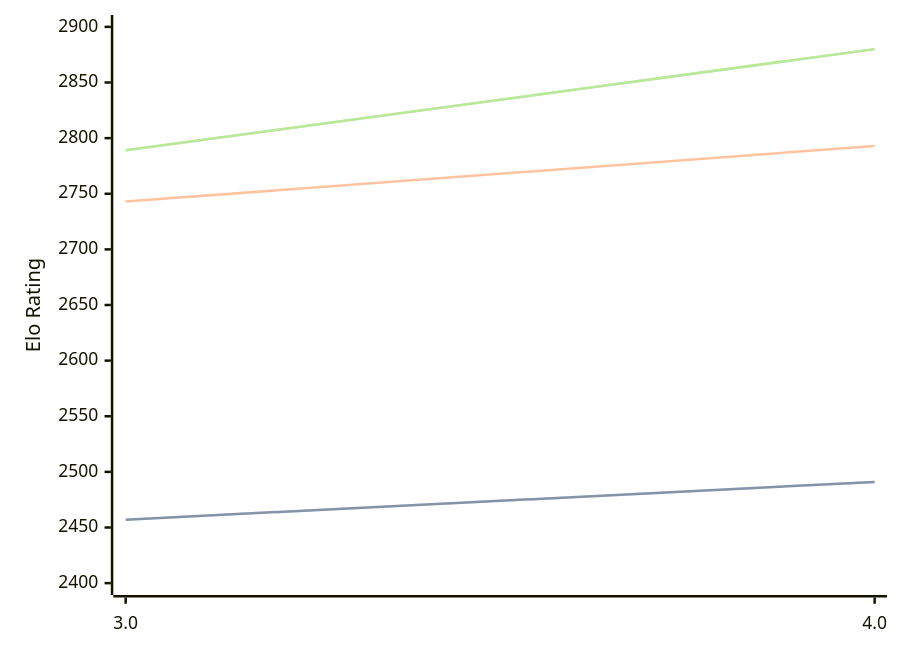
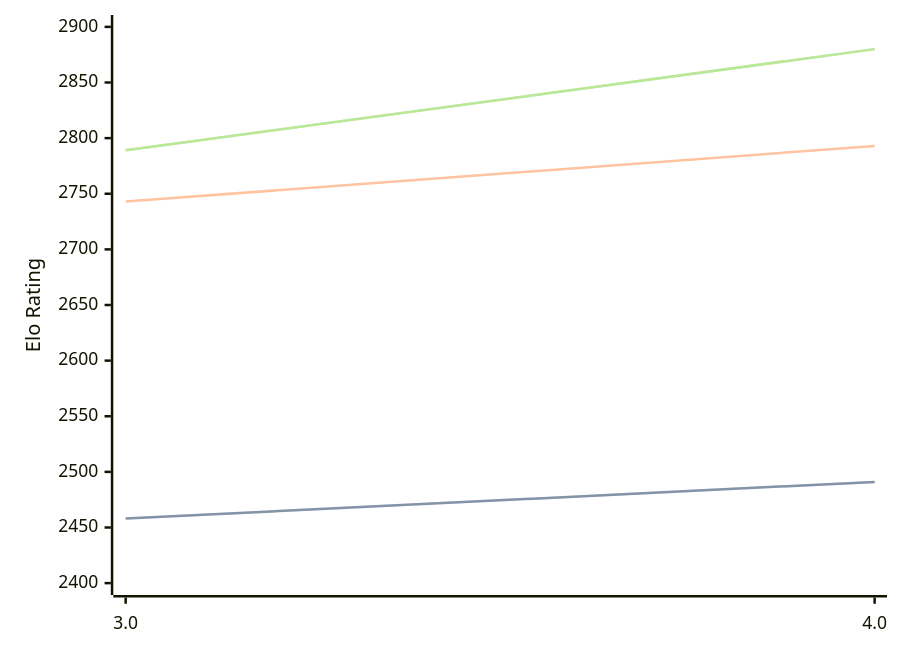
The diagram in engines/Chess3.md (computer-chess-index/cci), drawn with Mermaid before and after one commit. The commit also changed other lines of this file, not shown here.

````diff
--- a/engines/Chess3.md
+++ b/engines/Chess3.md
@@ -32,11 +32,11 @@
 ```mermaid
 %%{init: {"theme":"base","themeVariables":{"seriesColors:['#a3a3a3','#222221','#faa371']}}}%%
 xychart-beta
   x-axis ["3.0", "4.0"]
   y-axis "Elo Rating" 2400 --> 2900
-  line "STC (8.0+0.08s)" [2457, 2491]
-  line "STC (8.0+0.08s)" [2457, 2491]
+  line "STC (8.0+0.08s)" [2458, 2491]
+  line "STC (8.0+0.08s)" [2458, 2491]
   line "LTC (60.0+0.60s)" [2743, 2793]
   line "VLTC (2m24s+1.12s)" [2789, 2880]
   line "VLTC (2m24s+1.12s)" [2789, 2880]
 ```
````
